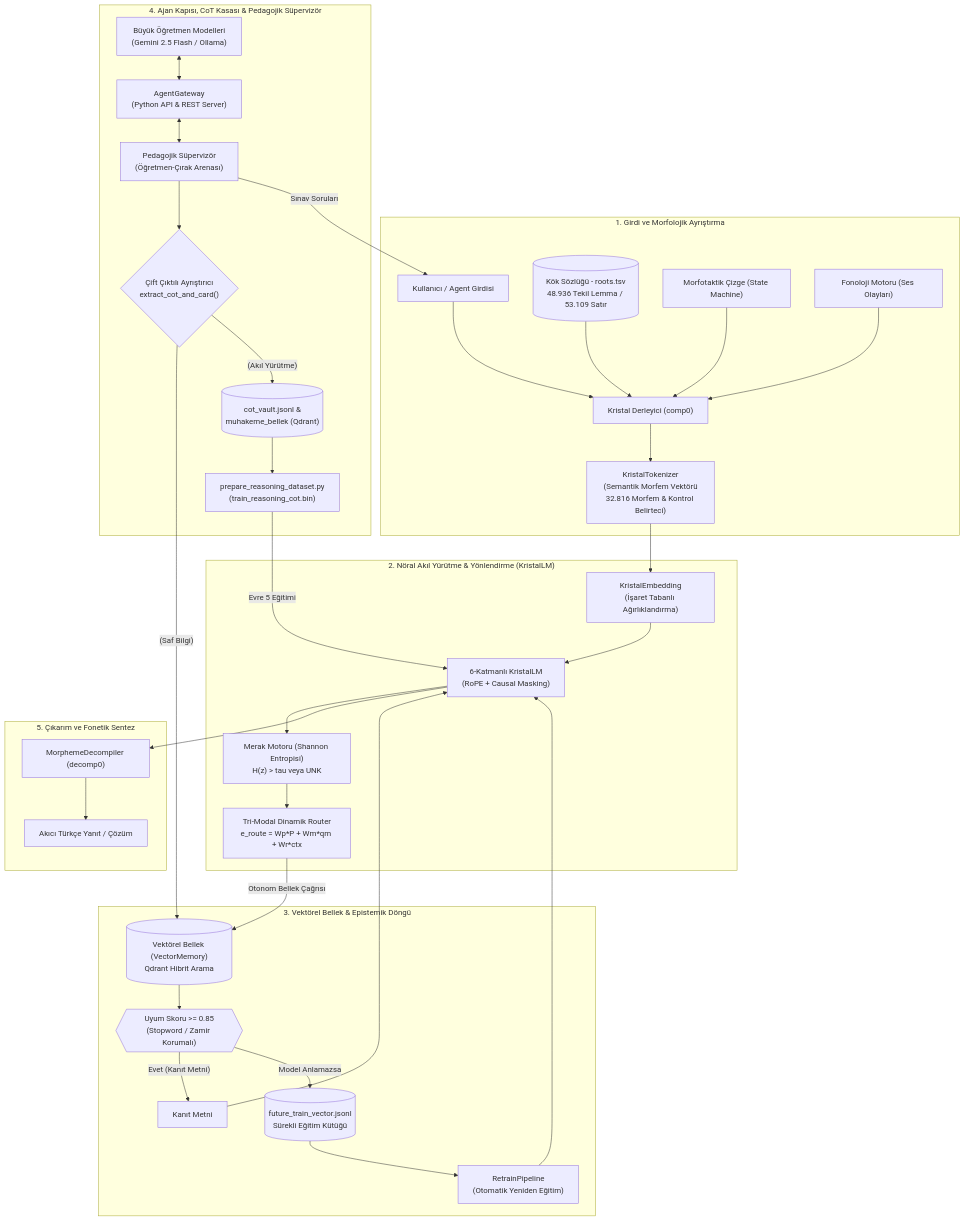
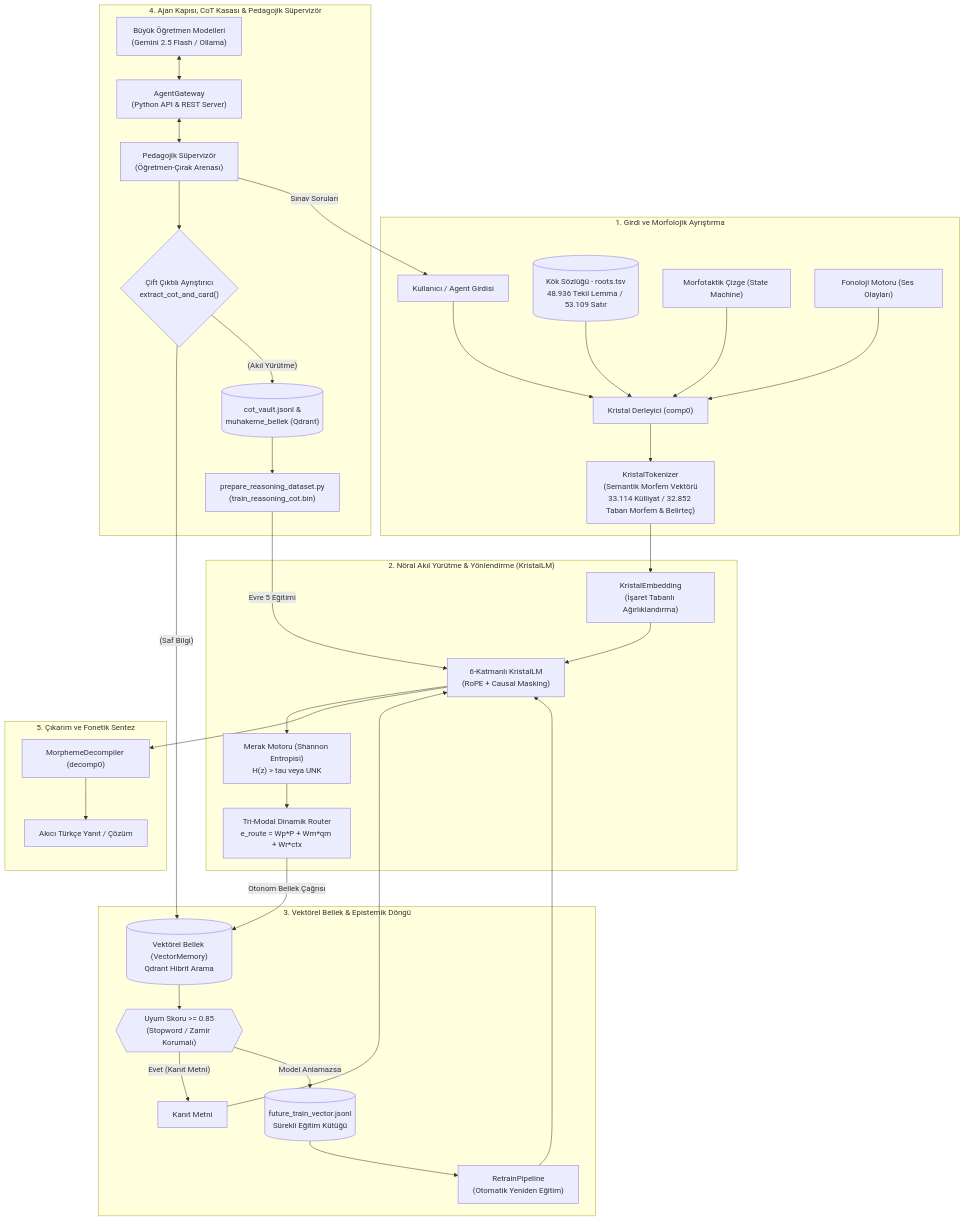
Before and after one commit to onkanat/tr_llm: the diagram in README.md, drawn with Mermaid. The commit also changed other lines of this file and 3 other files, not shown here.

````diff
--- a/README.md
+++ b/README.md
@@ -34,43 +34,43 @@
 ```mermaid
 flowchart TD
     subgraph INGESTION ["1. Girdi ve Morfolojik Ayrıştırma"]
         RawText["Kullanıcı / Agent Girdisi"] --> Comp["Kristal Derleyici (comp0)"]
         Lexicon[("Kök Sözlüğü - roots.tsv\n48.936 Tekil Lemma / 53.109 Satır")] --> Comp
         Graph["Morfotaktik Çizge (State Machine)"] --> Comp
         Phonology["Fonoloji Motoru (Ses Olayları)"] --> Comp
-        Comp --> Tokenizer["KristalTokenizer\n(Semantik Morfem Vektörü\n32.816 Morfem & Kontrol Belirteci)"]
+        Comp --> Tokenizer["KristalTokenizer\n(Semantik Morfem Vektörü\n33.114 Külliyat / 32.852 Taban Morfem & Belirteç)"]
     end
 
     subgraph REASONING ["2. Nöral Akıl Yürütme & Yönlendirme (KristalLM)"]
         Tokenizer --> Embed["KristalEmbedding\n(İşaret Tabanlı Ağırlıklandırma)"]
         Embed --> Transformer["6-Katmanlı KristalLM\n(RoPE + Causal Masking)"]
         Transformer --> Curiosity["Merak Motoru (Shannon Entropisi)\nH(z) > tau veya UNK"]
         Curiosity --> Router["Tri-Modal Dinamik Router\ne_route = Wp*P + Wm*qm + Wr*ctx"]
     end
 
     subgraph MEMORY ["3. Vektörel Bellek & Epistemik Döngü"]
         Router -->|"Otonom Bellek Çağrısı"| VecMem[("Vektörel Bellek (VectorMemory)\nQdrant Hibrit Arama")]
         VecMem --> Filter{{"Uyum Skoru >= 0.85\n(Stopword / Zamir Korumalı)"}}
         Filter -->|"Evet (Kanıt Metni)"| DocInject["<CONTEXT> Kanıt Metni </CONTEXT>"]
         DocInject --> Transformer
         Filter -->|"Model Anlamazsa"| FutureTrain[("future_train_vector.jsonl\nSürekli Eğitim Kütüğü")]
         FutureTrain --> Retrain["RetrainPipeline\n(Otomatik Yeniden Eğitim)"]
         Retrain --> Transformer
     end
 
     subgraph GATEWAY ["4. Ajan Kapısı, CoT Kasası & Pedagojik Süpervizör"]
         ExtAgent["Büyük Öğretmen Modelleri\n(Gemini 2.5 Flash / Ollama)"] <--> Gateway["AgentGateway\n(Python API & REST Server)"]
         Gateway <--> Supervisor["Pedagojik Süpervizör\n(Öğretmen-Çırak Arenası)"]
         Supervisor --> DualParse{"Çift Çıktılı Ayrıştırıcı\nextract_cot_and_card()"}
         DualParse -->|"<BILGI_KARTI> (Saf Bilgi)"| VecMem
         DualParse -->|"<DUSUNCE> (Akıl Yürütme)"| CoTVault[("cot_vault.jsonl &\nmuhakeme_bellek (Qdrant)")]
         CoTVault --> PrepReasoning["prepare_reasoning_dataset.py\n(train_reasoning_cot.bin)"]
         PrepReasoning -->|"Evre 5 Eğitimi"| Transformer
         Supervisor -->|"Sınav Soruları"| RawText
     end
 
     subgraph SYNTHESIS ["5. Çıkarım ve Fonetik Sentez"]
         Transformer --> Decomp["MorphemeDecompiler (decomp0)"]
         Decomp --> CleanText["Akıcı Türkçe Yanıt / Çözüm"]
     end
 ```
````
